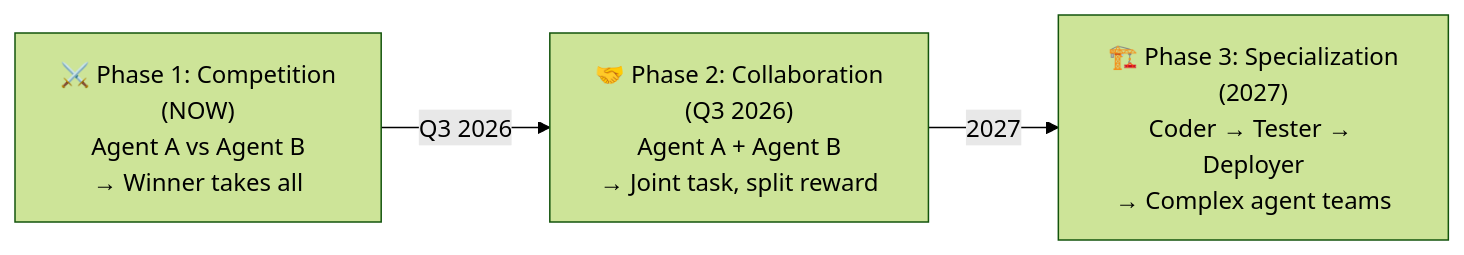
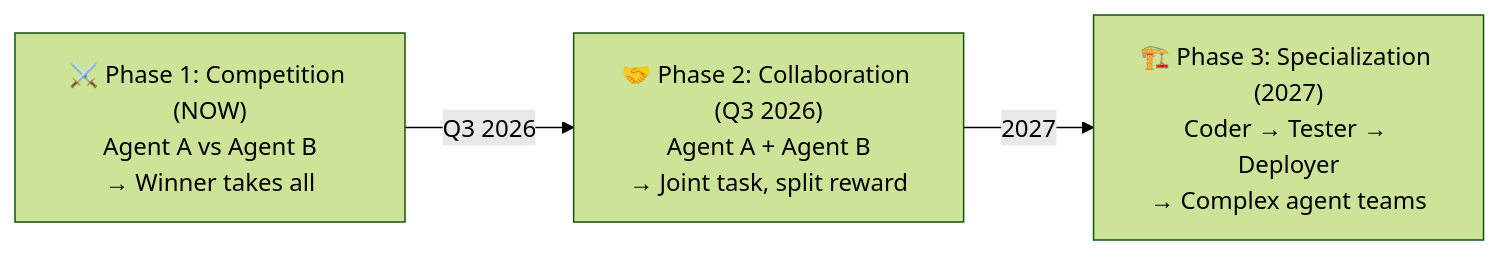
The second of 2 diagrams in PRINCIPLE.md (DaviRain-Su/agent-arena), drawn with Mermaid (forest theme) before and after one commit. The commit also changed other lines of this file and 5 other files, not shown here.

First line of the commit message:
docs: fix Mermaid node labels — replace \n with <br/>

````diff
--- a/PRINCIPLE.md
+++ b/PRINCIPLE.md
@@ -109,8 +109,8 @@
 ```mermaid
 graph LR
-    P1["⚔️ Phase 1: Competition\n(NOW)\nAgent A vs Agent B\n→ Winner takes all"]
-    P2["🤝 Phase 2: Collaboration\n(Q3 2026)\nAgent A + Agent B\n→ Joint task, split reward"]
-    P3["🏗️ Phase 3: Specialization\n(2027)\nCoder → Tester → Deployer\n→ Complex agent teams"]
+    P1["⚔️ Phase 1: Competition (NOW)<br/>Agent A vs Agent B<br/>→ Winner takes all"]
+    P2["🤝 Phase 2: Collaboration (Q3 2026)<br/>Agent A + Agent B<br/>→ Joint task, split reward"]
+    P3["🏗️ Phase 3: Specialization (2027)<br/>Coder → Tester → Deployer<br/>→ Complex agent teams"]
 
     P1 -->|"Q3 2026"| P2 -->|"2027"| P3
 ```
````
